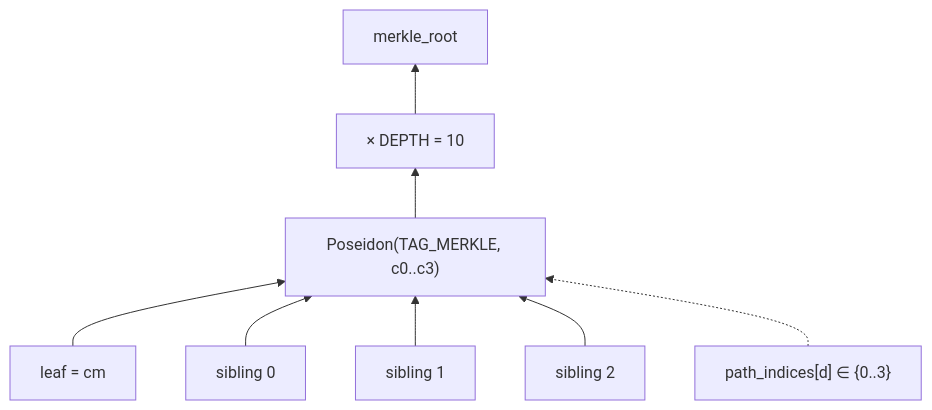
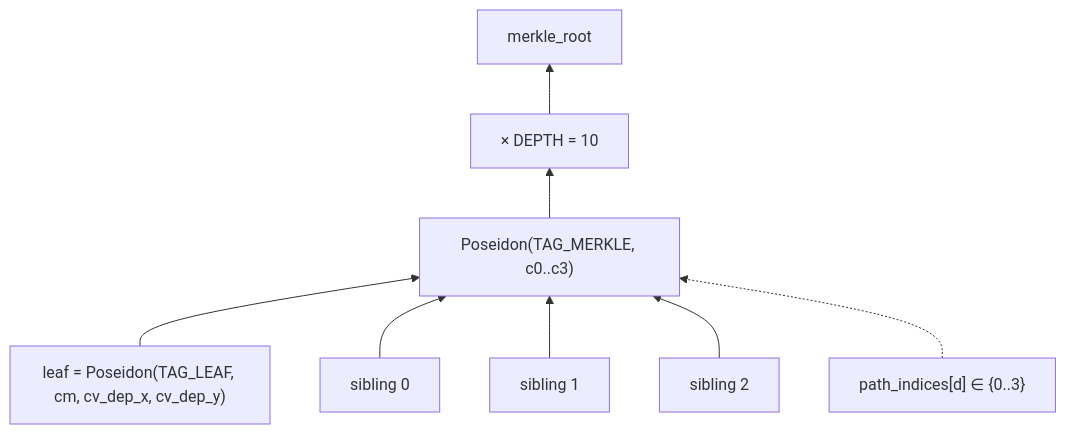
One commit to lelantos-org/circuits changed the fourth of 5 diagrams in src/README.md. Above: the diagram before and after it, drawn with Mermaid. The commit also changed other lines of this file and 20 other files, not shown here.

````diff
--- a/src/README.md
+++ b/src/README.md
@@ -416,10 +435,10 @@
 ```mermaid
 flowchart BT
-    L0["leaf = cm"] --> N1["Poseidon(TAG_MERKLE, c0..c3)"]
+    L0["leaf = Poseidon(TAG_LEAF, cm, cv_dep_x, cv_dep_y)"] --> N1["Poseidon(TAG_MERKLE, c0..c3)"]
     S0["sibling 0"] --> N1
     S1["sibling 1"] --> N1
     S2["sibling 2"] --> N1
     N1 --> N2["× DEPTH = 10"]
     N2 --> R["merkle_root"]
     IDX["path_indices[d] ∈ {0..3}"] -.-> N1
 ```
````
